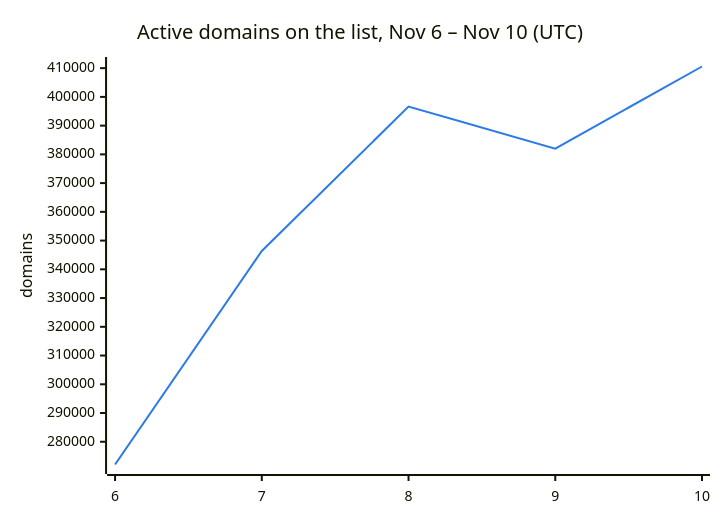
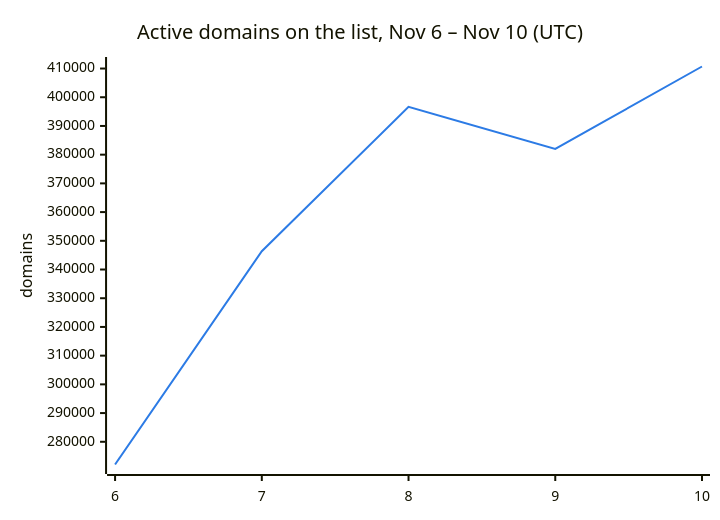
One commit to DNSBunker/CTI changed the second of 3 diagrams in README.md. Above: the diagram before and after it, drawn with Mermaid. The commit also changed other lines of this file and 3 other files, not shown here.

````diff
--- a/README.md
+++ b/README.md
@@ -38,8 +38,8 @@
 ```mermaid
 %%{init: {"themeVariables": {"xyChart": {"plotColorPalette": "#2c7be5"}}}}%%
 xychart-beta
     title "Active domains on the list, Nov 6 – Nov 10 (UTC)"
     x-axis ["6", "7", "8", "9", "10"]
     y-axis "domains"
-    line [272088, 346388, 396638, 382009, 410574]
+    line [272088, 346388, 396638, 382009, 410707]
 ```
````
